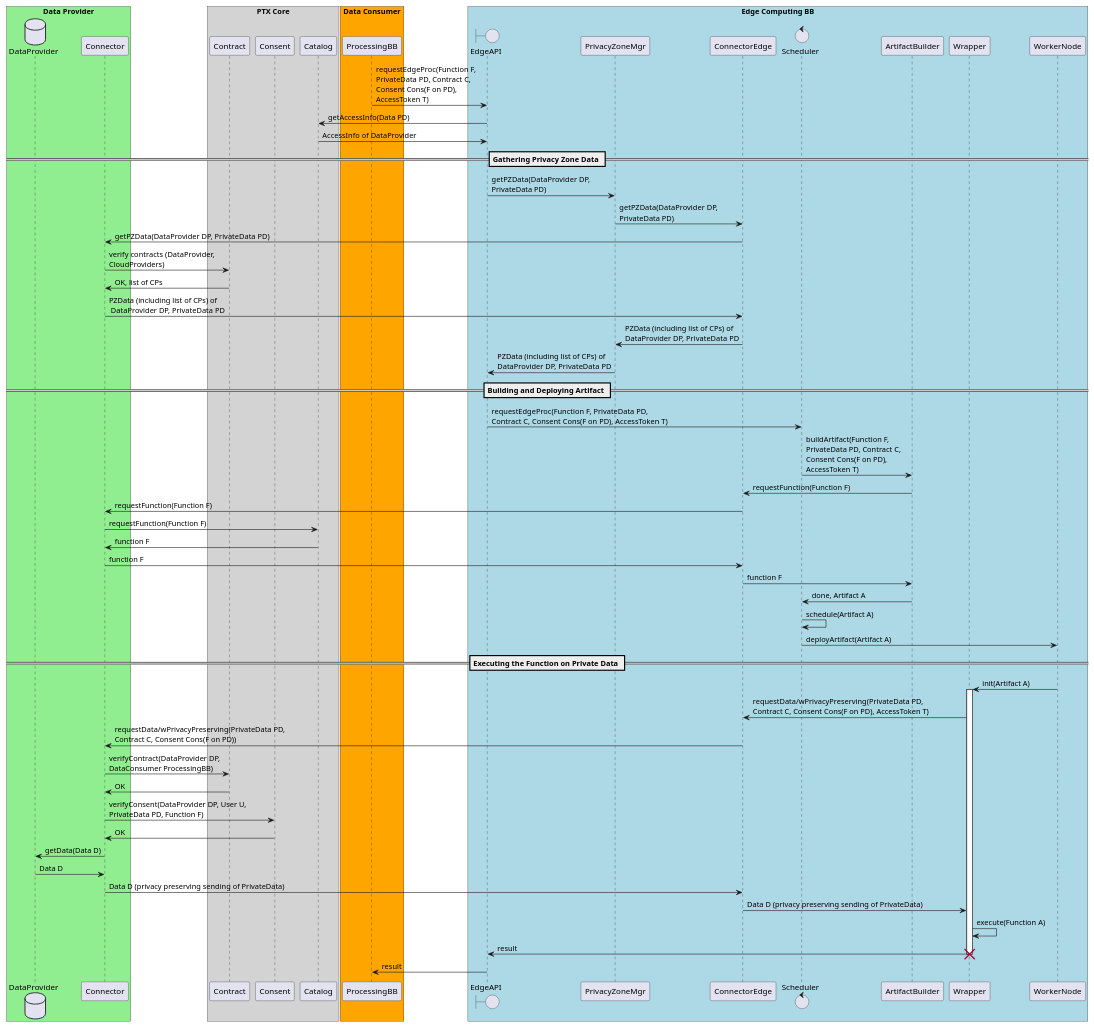
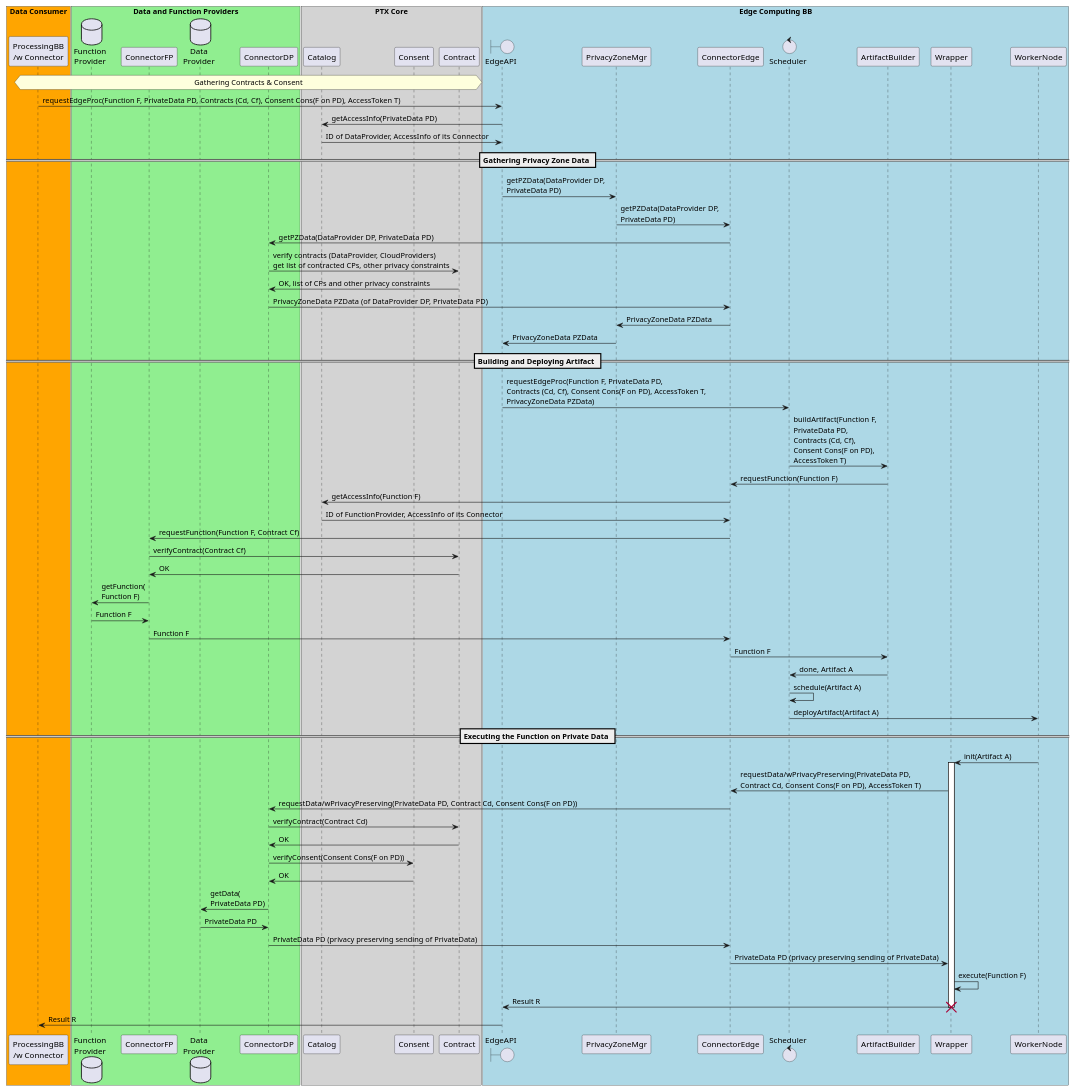
The diagram in docs/diagrams/edge-computing-bb-seq-diag.puml (Prometheus-X-association/edge-computing), drawn with PlantUML before and after one commit. The commit also changed 1 other file, not shown here.

Commit message:
update seq diagram

```diff
--- a/docs/diagrams/edge-computing-bb-seq-diag.puml
+++ b/docs/diagrams/edge-computing-bb-seq-diag.puml
@@ -1,74 +1,82 @@
 @startuml
 
-box "Data Provider" #LightGreen
-    database DataProvider order 10
-    participant Connector order 20
+box "Data Consumer" #Orange
+    participant "ProcessingBB\n/w Connector" as ProcessingBB order 5
 end box
-    
+box "Data and Function Providers" #LightGreen
+    database "Function\nProvider" as FunctionProvider order 10
+    participant ConnectorFP order 15
+    database "Data\nProvider" as DataProvider order 20
+    participant ConnectorDP order 25
+end box
 box "PTX Core" #LightGrey
-    participant Contract order 30
-    participant Consent order 35
-    participant Catalog order 40
-end box
-box "Data Consumer" #Orange
-    participant ProcessingBB order 50
+    participant Catalog order 30
+    participant Consent order 40
+    participant Contract order 50
 end box
 box "Edge Computing BB" #LightBlue
     boundary EdgeAPI order 60
+    participant PrivacyZoneMgr order 65
     participant ConnectorEdge order 70
-    participant PrivacyZoneMgr order 65
     control Scheduler order 80
     participant ArtifactBuilder order 90
     participant Wrapper order 100
     participant WorkerNode order 110
 end box
-	
-ProcessingBB -> EdgeAPI : requestEdgeProc(Function F, \nPrivateData PD, Contract C, \nConsent Cons(F on PD), \nAccessToken T)
-EdgeAPI -> Catalog : getAccessInfo(Data PD)
-Catalog -> EdgeAPI : AccessInfo of DataProvider
+
+hnote over ProcessingBB, Contract: Gathering Contracts & Consent
+
+ProcessingBB -> EdgeAPI : requestEdgeProc(Function F, PrivateData PD, Contracts (Cd, Cf), Consent Cons(F on PD), AccessToken T)
+EdgeAPI -> Catalog : getAccessInfo(PrivateData PD)
+Catalog -> EdgeAPI : ID of DataProvider, AccessInfo of its Connector
 
 == Gathering Privacy Zone Data == 
 EdgeAPI -> PrivacyZoneMgr : getPZData(DataProvider DP, \nPrivateData PD)
 PrivacyZoneMgr -> ConnectorEdge : getPZData(DataProvider DP, \nPrivateData PD)
-ConnectorEdge -> Connector : getPZData(DataProvider DP, PrivateData PD)
-Connector -> Contract : verify contracts (DataProvider, \nCloudProviders)
-Contract -> Connector : OK, list of CPs
-Connector -> ConnectorEdge : PZData (including list of CPs) of \n DataProvider DP, PrivateData PD
-ConnectorEdge -> PrivacyZoneMgr : PZData (including list of CPs) of \nDataProvider DP, PrivateData PD
-PrivacyZoneMgr -> EdgeAPI : PZData (including list of CPs) of \nDataProvider DP, PrivateData PD
+ConnectorEdge -> ConnectorDP : getPZData(DataProvider DP, PrivateData PD)
+ConnectorDP -> Contract : verify contracts (DataProvider, CloudProviders)\nget list of contracted CPs, other privacy constraints
+Contract -> ConnectorDP : OK, list of CPs and other privacy constraints
+ConnectorDP -> ConnectorEdge : PrivacyZoneData PZData (of DataProvider DP, PrivateData PD)
+ConnectorEdge -> PrivacyZoneMgr : PrivacyZoneData PZData
+PrivacyZoneMgr -> EdgeAPI : PrivacyZoneData PZData
 
 == Building and Deploying Artifact ==
-EdgeAPI -> Scheduler : requestEdgeProc(Function F, PrivateData PD,\nContract C, Consent Cons(F on PD), AccessToken T)
-Scheduler -> ArtifactBuilder : buildArtifact(Function F, \nPrivateData PD, Contract C, \nConsent Cons(F on PD), \nAccessToken T)
+EdgeAPI -> Scheduler : requestEdgeProc(Function F, PrivateData PD,\nContracts (Cd, Cf), Consent Cons(F on PD), AccessToken T, \nPrivacyZoneData PZData)
+Scheduler -> ArtifactBuilder : buildArtifact(Function F, \nPrivateData PD, \nContracts (Cd, Cf), \nConsent Cons(F on PD), \nAccessToken T)
 ArtifactBuilder -> ConnectorEdge : requestFunction(Function F)
-ConnectorEdge -> Connector : requestFunction(Function F)
-Connector -> Catalog : requestFunction(Function F)
-Catalog -> Connector : function F
-Connector -> ConnectorEdge : function F
-ConnectorEdge -> ArtifactBuilder : function F
+ConnectorEdge -> Catalog : getAccessInfo(Function F)
+Catalog -> ConnectorEdge : ID of FunctionProvider, AccessInfo of its Connector
+
+ConnectorEdge -> ConnectorFP : requestFunction(Function F, Contract Cf)
+ConnectorFP -> Contract : verifyContract(Contract Cf)
+Contract -> ConnectorFP : OK
+ConnectorFP -> FunctionProvider : getFunction(\nFunction F)
+FunctionProvider -> ConnectorFP : Function F
+ConnectorFP -> ConnectorEdge : Function F
+
+ConnectorEdge -> ArtifactBuilder : Function F
 ArtifactBuilder -> Scheduler : done, Artifact A
-
 Scheduler -> Scheduler : schedule(Artifact A)
 Scheduler -> WorkerNode : deployArtifact(Artifact A)
 
 == Executing the Function on Private Data ==
 WorkerNode -> Wrapper : init(Artifact A)
 activate Wrapper
-Wrapper -> ConnectorEdge : requestData/wPrivacyPreserving(PrivateData PD,\nContract C, Consent Cons(F on PD), AccessToken T)
-ConnectorEdge -> Connector : requestData/wPrivacyPreserving(PrivateData PD,\nContract C, Consent Cons(F on PD))
+Wrapper -> ConnectorEdge : requestData/wPrivacyPreserving(PrivateData PD,\nContract Cd, Consent Cons(F on PD), AccessToken T)
+ConnectorEdge -> ConnectorDP : requestData/wPrivacyPreserving(PrivateData PD, Contract Cd, Consent Cons(F on PD))
 
-Connector -> Contract : verifyContract(DataProvider DP,\nDataConsumer ProcessingBB)
-Contract -> Connector : OK
-Connector -> Consent : verifyConsent(DataProvider DP, User U, \nPrivateData PD, Function F)
-Consent -> Connector : OK
-Connector -> DataProvider : getData(Data D)
-DataProvider -> Connector : Data D
+ConnectorDP -> Contract : verifyContract(Contract Cd)
+Contract -> ConnectorDP : OK
+ConnectorDP -> Consent : verifyConsent(Consent Cons(F on PD))
+Consent -> ConnectorDP : OK
+ConnectorDP -> DataProvider : getData(\nPrivateData PD)
+DataProvider -> ConnectorDP : PrivateData PD
 
-Connector -> ConnectorEdge : Data D (privacy preserving sending of PrivateData)
-ConnectorEdge -> Wrapper : Data D (privacy preserving sending of PrivateData)
-Wrapper -> Wrapper : execute(Function A)
-Wrapper -> EdgeAPI : result
+ConnectorDP -> ConnectorEdge : PrivateData PD (privacy preserving sending of PrivateData)
+ConnectorEdge -> Wrapper : PrivateData PD (privacy preserving sending of PrivateData)
+Wrapper -> Wrapper : execute(Function F)
+Wrapper -> EdgeAPI : Result R
 destroy Wrapper
-EdgeAPI -> ProcessingBB : result
+EdgeAPI -> ProcessingBB : Result R
 
 @enduml
```
